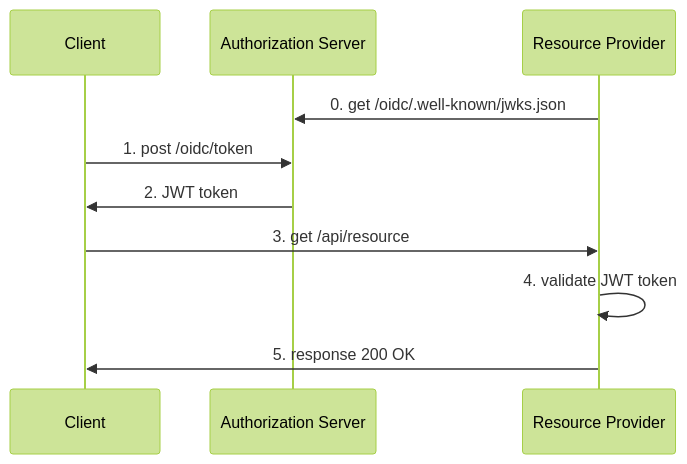
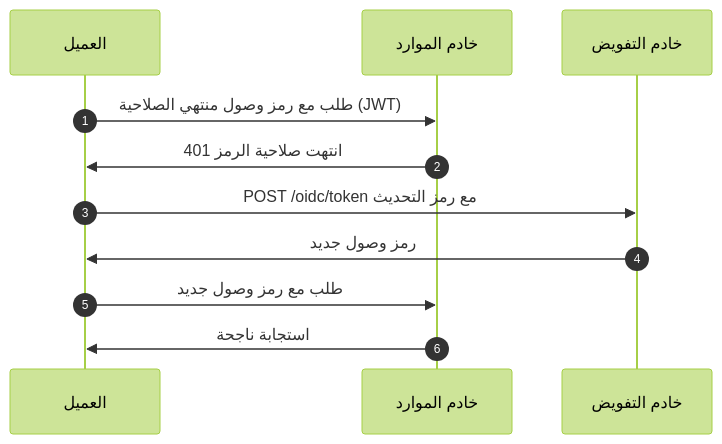
The fifth of 5 diagrams in src/content/terms/ar/opaque-token.mdx (logto-io/auth-wiki), drawn with Mermaid (forest theme) before and after one commit. The commit also changed other lines of this file and 95 other files, not shown here.

````diff
--- a/src/content/terms/ar/opaque-token.mdx
+++ b/src/content/terms/ar/opaque-token.mdx
@@ -73,16 +123,14 @@
 ```mermaid
+sequenceDiagram
+    participant Client as العميل
+    participant RS as خادم الموارد
+    participant AS as خادم التفويض
+    autonumber
 
-sequenceDiagram
-    participant C as Client
-    participant AS as Authorization Server
-    participant RP as Resource Provider
-
-    RP ->> AS: 0. get /oidc/.well-known/jwks.json
-
-    C ->> AS: 1. post /oidc/token
-    AS ->> C: 2. JWT token
-    C ->> RP: 3. get /api/resource
-    RP ->> RP: 4. validate JWT token
-    RP ->> C: 5. response 200 OK
-
+    Client->>RS: طلب مع رمز وصول منتهي الصلاحية (JWT)
+    RS->>Client: 401 انتهت صلاحية الرمز
+    Client->>AS: POST /oidc/token مع رمز التحديث
+    AS->>Client: رمز وصول جديد
+    Client->>RS: طلب مع رمز وصول جديد
+    RS->>Client: استجابة ناجحة
 ```
````
